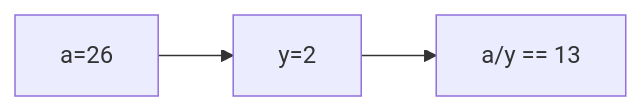
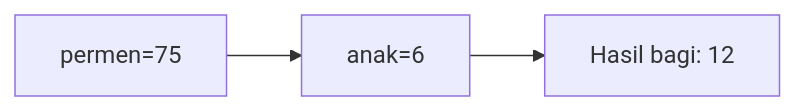
Before and after one commit to amnahwaida/OSNK_INF_PREP: diagram 12 of 25 in part-c-pemahaman-cpp/01-tipe-data/latihan/set-08.md, drawn with Mermaid. The commit also changed other lines of this file and 71 other files, not shown here.

````diff
--- a/part-c-pemahaman-cpp/01-tipe-data/latihan/set-08.md
+++ b/part-c-pemahaman-cpp/01-tipe-data/latihan/set-08.md
@@ -294,5 +337,5 @@
 ```mermaid
 graph LR
-A["a=26"] --> B["y=2"]
-B --> C["a/y == 13"]
+A["permen=75"] --> B["anak=6"]
+B --> C["Hasil bagi: 12"]
 ```
````
